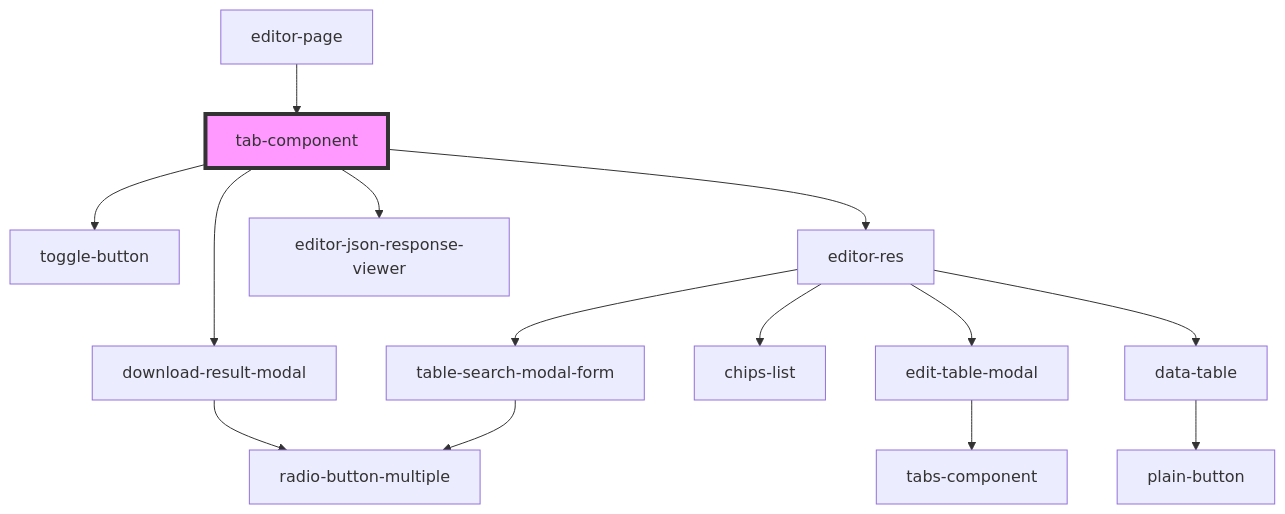
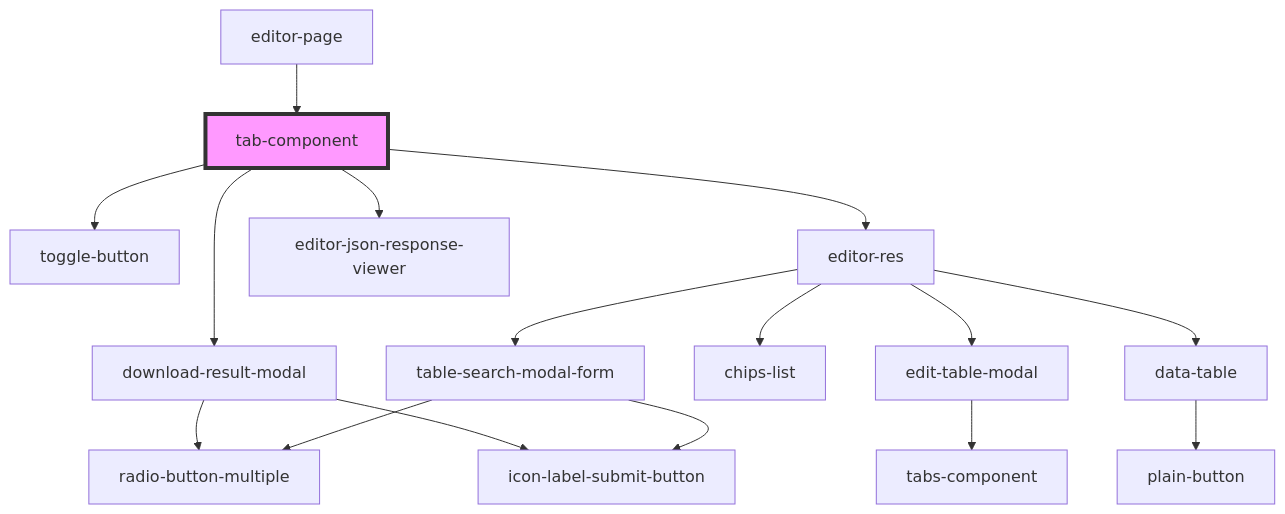
Before and after one commit to techvariable/NeptuneConnectComponents: the diagram in src/components/editorPage/tab-component/readme.md, drawn with Mermaid. The commit also changed 28 other files, not shown here.

````diff
--- a/src/components/editorPage/tab-component/readme.md
+++ b/src/components/editorPage/tab-component/readme.md
@@ -22,17 +22,19 @@
 ```mermaid
 graph TD;
   tab-component --> toggle-button
   tab-component --> download-result-modal
   tab-component --> editor-res
   tab-component --> editor-json-response-viewer
   download-result-modal --> radio-button-multiple
+  download-result-modal --> icon-label-submit-button
   editor-res --> edit-table-modal
   editor-res --> chips-list
   editor-res --> table-search-modal-form
   editor-res --> data-table
   edit-table-modal --> tabs-component
   table-search-modal-form --> radio-button-multiple
+  table-search-modal-form --> icon-label-submit-button
   data-table --> plain-button
   editor-page --> tab-component
   style tab-component fill:#f9f,stroke:#333,stroke-width:4px
 ```
````
